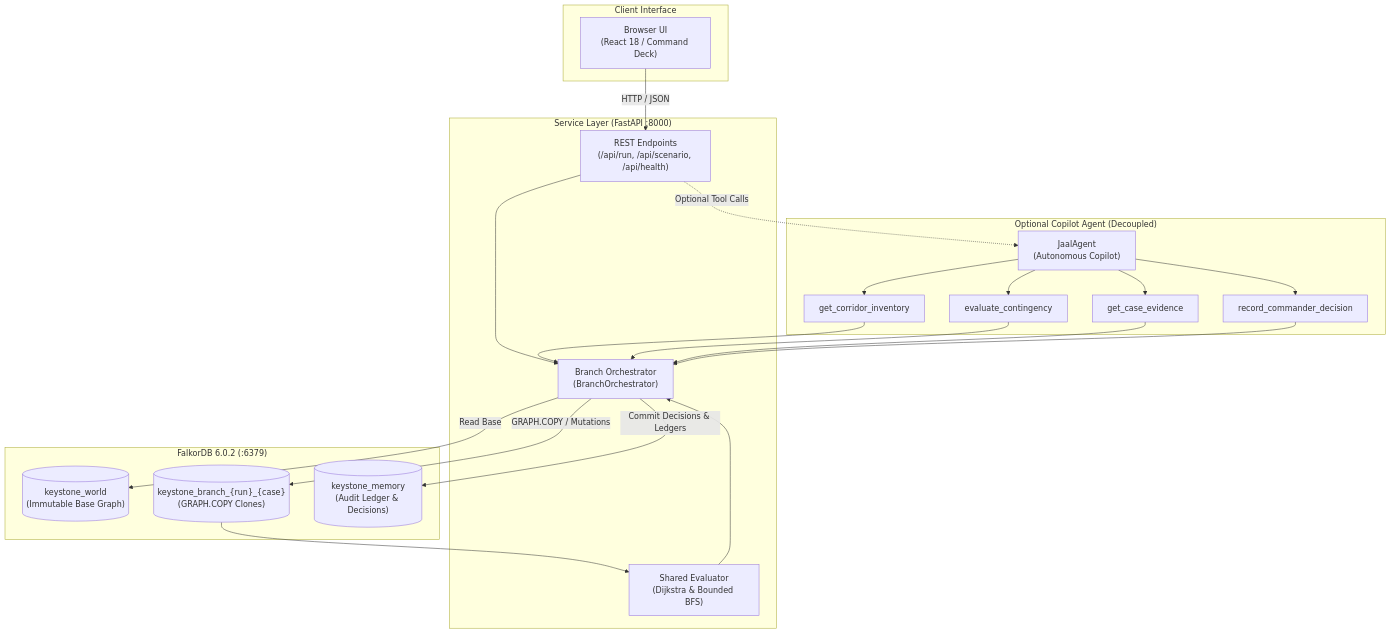
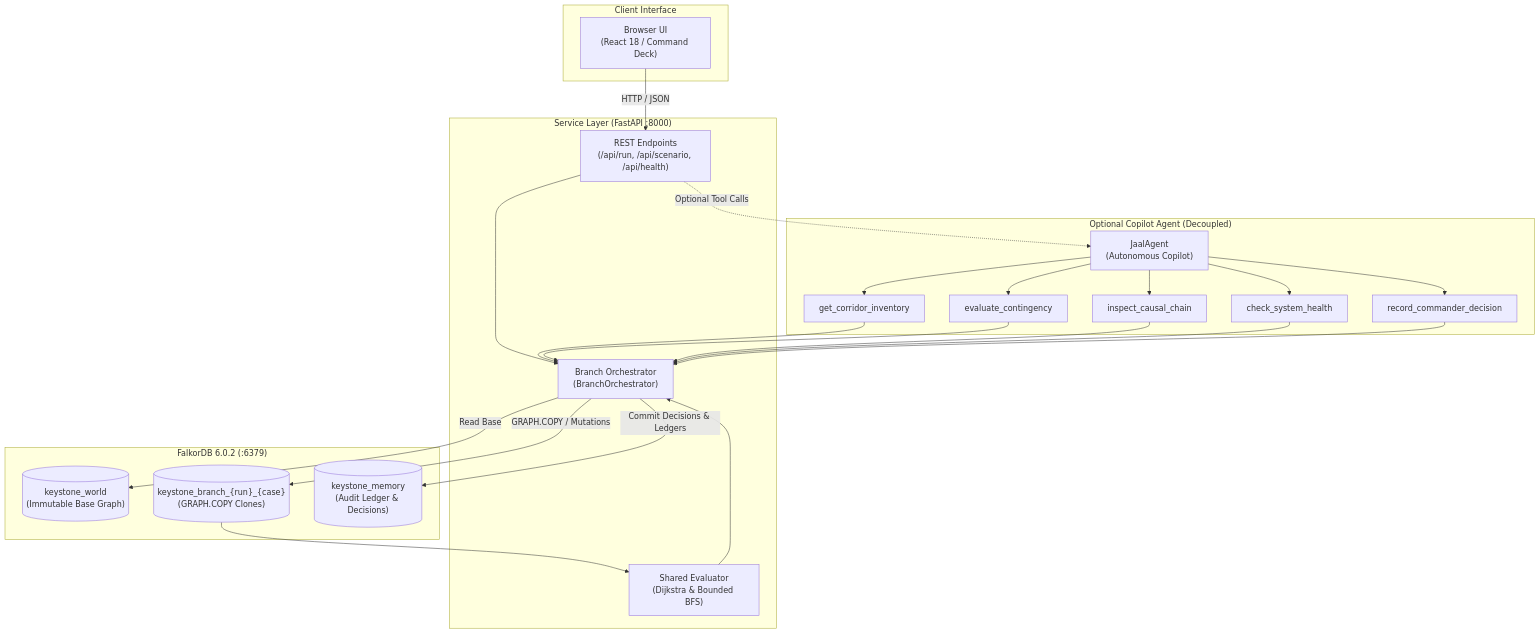
The first of 2 diagrams in README.md (devprashant19/Keystone), drawn with Mermaid before and after one commit. The commit also changed other lines of this file and 1 other file, not shown here.

Commit message:
fix: remove fabricated blast-radius data and unsupported latency claims [docs]
Pre-recording verification pass. Every change below was made because a claim in the
product or the recording script did not match what the system does.
Blast radius (the serious one)
  7 of the 14 corridors carry no power feeder. BlastRadius.tsx fell back to
  `severedFeeders.length || 1` and a hard-coded { id: 'pf_chandrawal', name:
  'Chandrawal Grid Feeder' }, so selecting any of those corridors displayed
  "1 / 7 feeders dark" beside a named feeder that was not severed. Equivalent
  fallbacks inflated the tower and relay counts. All now report the real length
  with an explicit empty state. Guarded by verification/honesty_blast.spec.ts.
"sub-10 milliseconds" (6 sites)
  No measurement in this repository supported it. Measured 2026-10-17: scenario
  fetch over HTTP 235-280 ms, GRAPH.COPY 114-286 ms, frame-time p95 17.8 ms
  against a 20 ms budget. Removed from README, LandingDashboard (3 sites) and
  RECORDING.md (2 narration sites); RECORDING.md now lists it as forbidden. The
  defensible claim is that all 14 sweeps are precomputed and digest-validated,

````diff
--- a/README.md
+++ b/README.md
@@ -22,37 +22,38 @@
 ```mermaid
 flowchart TD
     subgraph Client["Client Interface"]
         UI["Browser UI<br/>(React 18 / Command Deck)"]
     end
 
     subgraph API["Service Layer (FastAPI :8000)"]
         Endpoints["REST Endpoints<br/>(/api/run, /api/scenario, /api/health)"]
         Orchestrator["Branch Orchestrator<br/>(BranchOrchestrator)"]
         Evaluator["Shared Evaluator<br/>(Dijkstra & Bounded BFS)"]
     end
 
     subgraph AgentBranch["Optional Copilot Agent (Decoupled)"]
         Agent["JaalAgent<br/>(Autonomous Copilot)"]
         T1["get_corridor_inventory"]
         T2["evaluate_contingency"]
-        T3["get_case_evidence"]
-        T4["record_commander_decision"]
-        Agent --> T1 & T2 & T3 & T4
+        T3["inspect_causal_chain"]
+        T4["check_system_health"]
+        T5["record_commander_decision"]
+        Agent --> T1 & T2 & T3 & T4 & T5
     end
 
     subgraph Database["FalkorDB 6.0.2 (:6379)"]
         World[("keystone_world<br/>(Immutable Base Graph)")]
         Branches[("keystone_branch_{run}_{case}<br/>(GRAPH.COPY Clones)")]
         Memory[("keystone_memory<br/>(Audit Ledger & Decisions)")]
     end
 
     UI -->|HTTP / JSON| Endpoints
     Endpoints --> Orchestrator
     Endpoints -.->|Optional Tool Calls| Agent
-    T1 & T2 & T3 & T4 --> Orchestrator
+    T1 & T2 & T3 & T4 & T5 --> Orchestrator
     Orchestrator -->|Read Base| World
     Orchestrator -->|GRAPH.COPY / Mutations| Branches
     Branches --> Evaluator
     Evaluator --> Orchestrator
     Orchestrator -->|Commit Decisions & Ledgers| Memory
 ```
````
